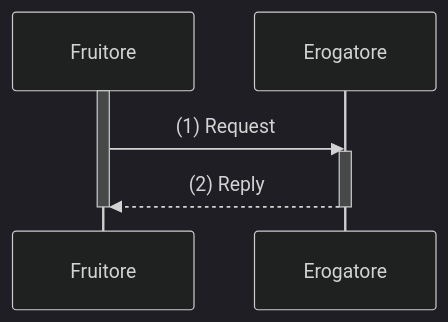
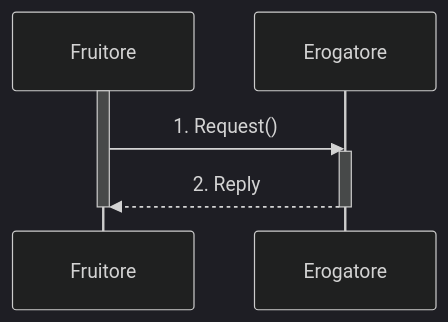
The diagram in doc/profili-di-interazione/profilo-bloccante-rpc.rst (italia/lg-modellointeroperabilita-docs), drawn with Mermaid (dark theme) before and after one commit. The commit also changed 6 other files, not shown here.

Commit message:
Fix sequence diagram

```diff
--- a/doc/profili-di-interazione/profilo-bloccante-rpc.rst
+++ b/doc/profili-di-interazione/profilo-bloccante-rpc.rst
@@ -21,13 +21,13 @@
 .. mermaid::
    :caption: Interazione bloccante RPC
    :alt: interazione bloccante RPC
 
    sequenceDiagram
       participant F as Fruitore
       participant E as Erogatore
       activate F
-      F->>E: (1) Request
+      F->>E: 1. Request()
       activate E
-      E-->>F: (2) Reply
+      E-->>F: 2. Reply
       deactivate E
       deactivate F
```
